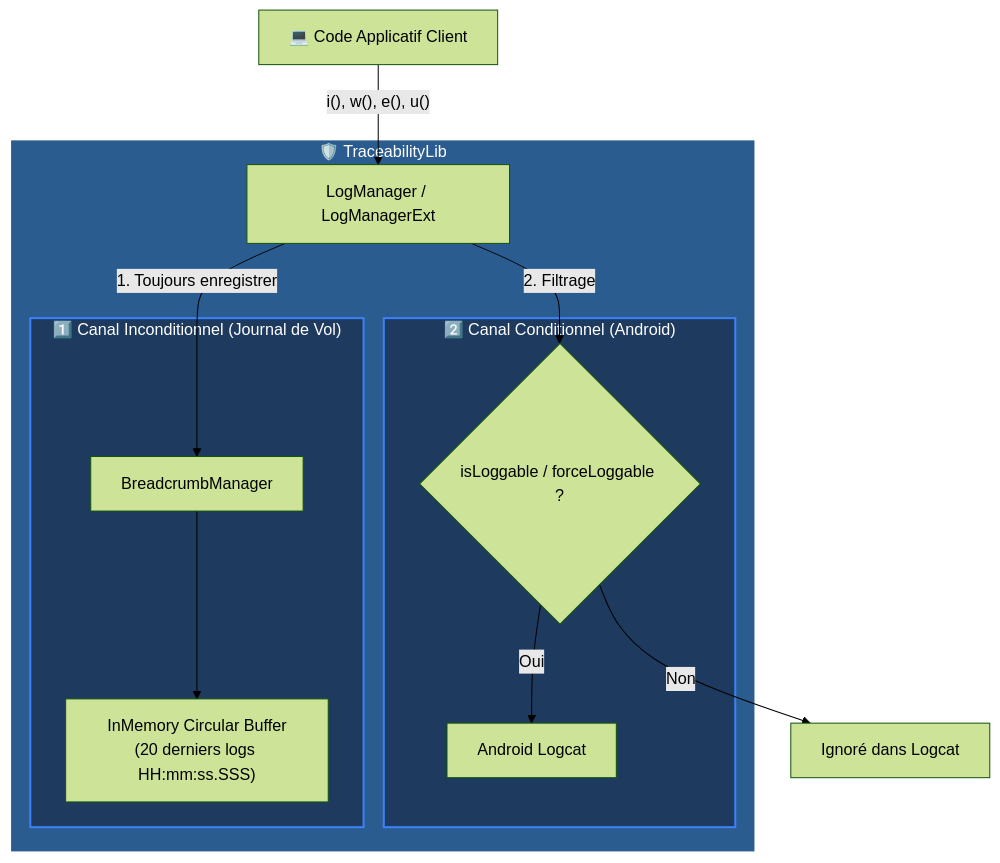
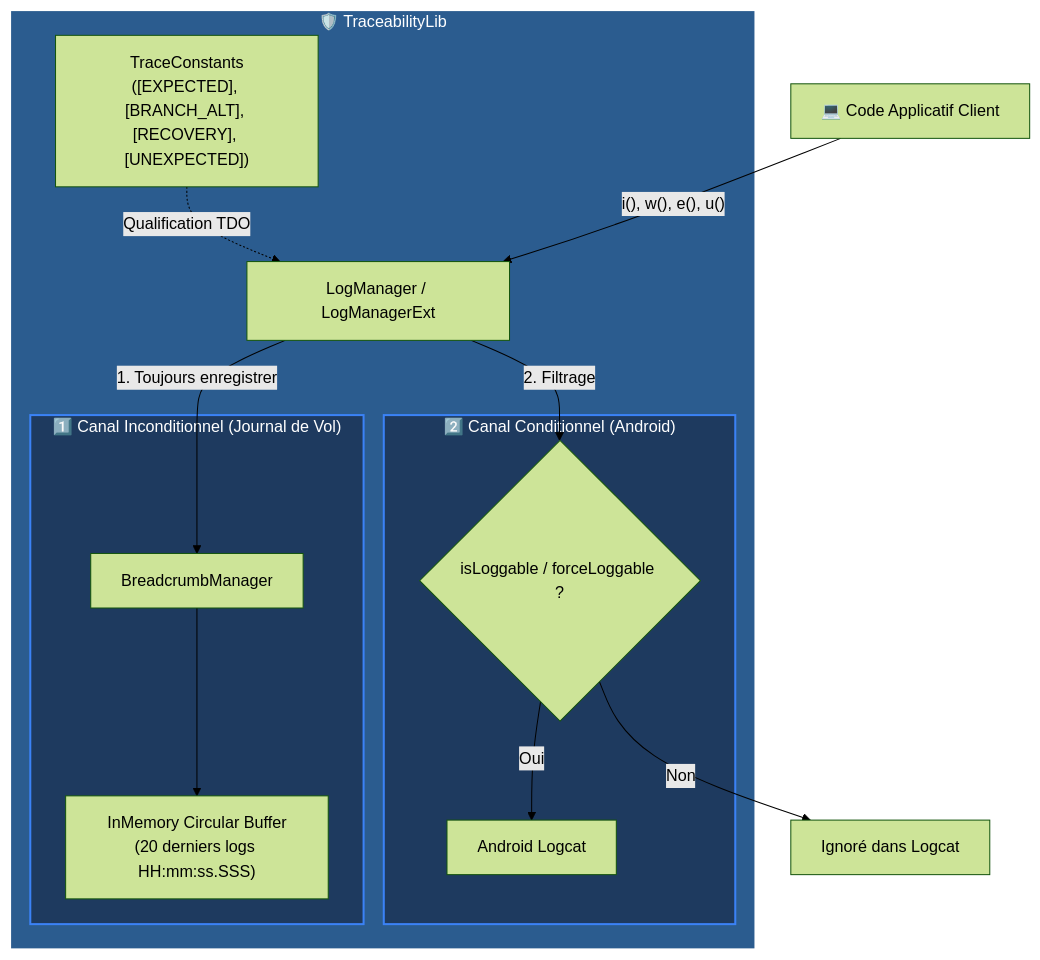
The diagram in README.md (brunolambinbd-hue/TraceabilityLib), drawn with Mermaid (forest theme) before and after one commit. The commit also changed other lines of this file, not shown here.

Commit message:
docs: highlight TraceConstants in README

````diff
--- a/README.md
+++ b/README.md
@@ -30,31 +30,33 @@
 ```mermaid
 flowchart TD
     ClientCode["💻 Code Applicatif Client"]
     
     subgraph TraceabilityLib ["🛡️ TraceabilityLib"]
         LogManager["LogManager / LogManagerExt"]
+        TraceConstants["TraceConstants\n([EXPECTED], [BRANCH_ALT], [RECOVERY], [UNEXPECTED])"]
         
         subgraph Channel1 ["1️⃣ Canal Inconditionnel (Journal de Vol)"]
             BreadcrumbMgr["BreadcrumbManager"]
             Buffer["InMemory Circular Buffer\n(20 derniers logs HH:mm:ss.SSS)"]
         end
         
         subgraph Channel2 ["2️⃣ Canal Conditionnel (Android)"]
             LogcatFilter{"isLoggable / forceLoggable ?"}
             Logcat["Android Logcat"]
         end
     end
 
     ClientCode -->|"i(), w(), e(), u()"| LogManager
+    TraceConstants -.->|"Qualification TDO"| LogManager
     LogManager -->|"1. Toujours enregistrer"| BreadcrumbMgr
     BreadcrumbMgr --> Buffer
     
     LogManager -->|"2. Filtrage"| LogcatFilter
     LogcatFilter -->|"Oui"| Logcat
     LogcatFilter -->|"Non"| Ignored["Ignoré dans Logcat"]
 
     classDef primary fill:#2b5c8f,stroke:#fff,stroke-width:2px,color:#fff;
     classDef channel fill:#1e3a5f,stroke:#3b82f6,stroke-width:2px,color:#fff;
     class TraceabilityLib primary;
     class Channel1,Channel2 channel;
 ```
````
